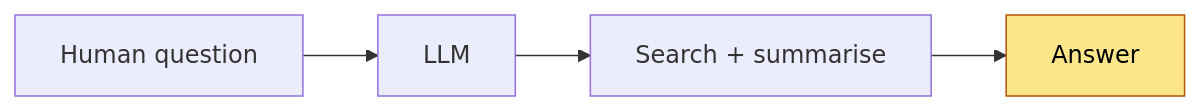
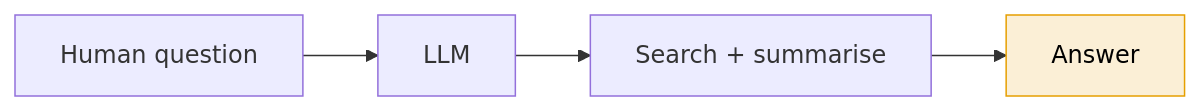
The first of 22 diagrams in docs/architecture/AIRL_OS_ARCHITECTURE.md (furkanhanilci/AETHRION), drawn with Mermaid before and after one commit. The commit also changed other lines of this file and 32 other files, not shown here.

````diff
--- a/docs/architecture/AIRL_OS_ARCHITECTURE.md
+++ b/docs/architecture/AIRL_OS_ARCHITECTURE.md
@@ -24,5 +24,5 @@
 ```mermaid
 flowchart LR
     U["Human question"] --> L["LLM"] --> S["Search + summarise"] --> A["Answer"]
-    style A fill:#fde68a,stroke:#b45309,color:#000
+    style A fill:#FBEFD6,stroke:#E69F00,color:#000
 ```
````
